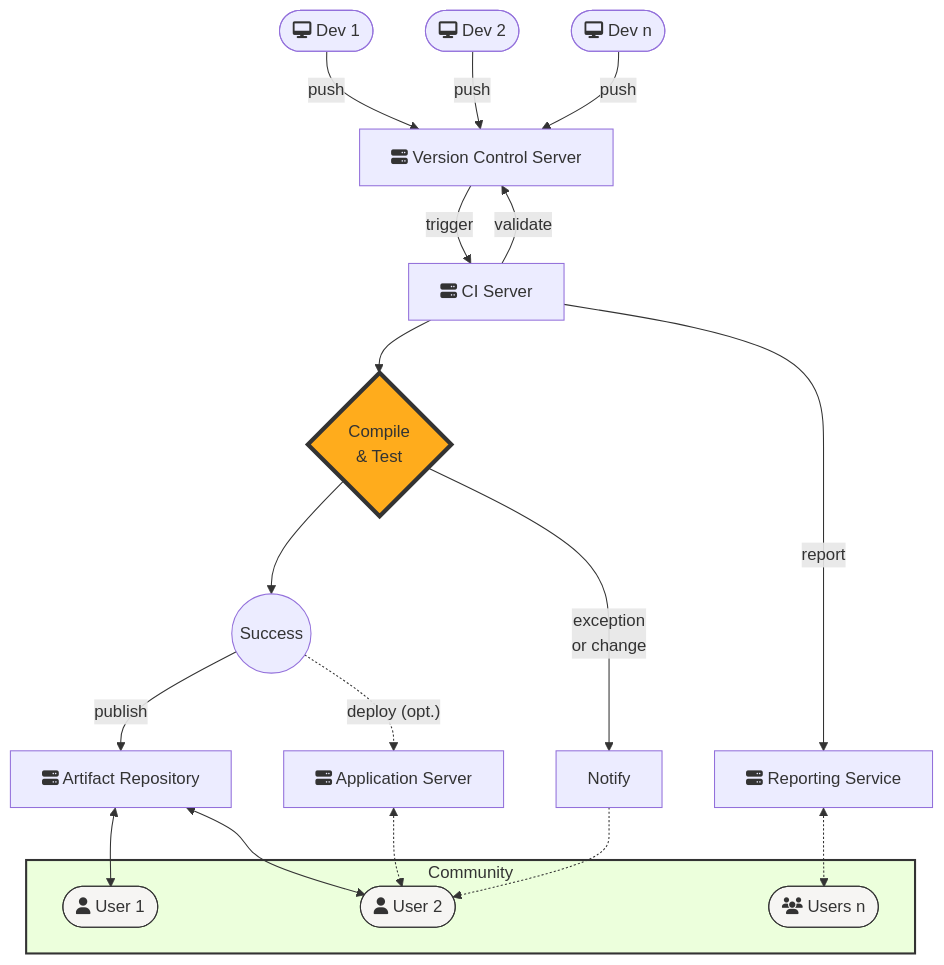
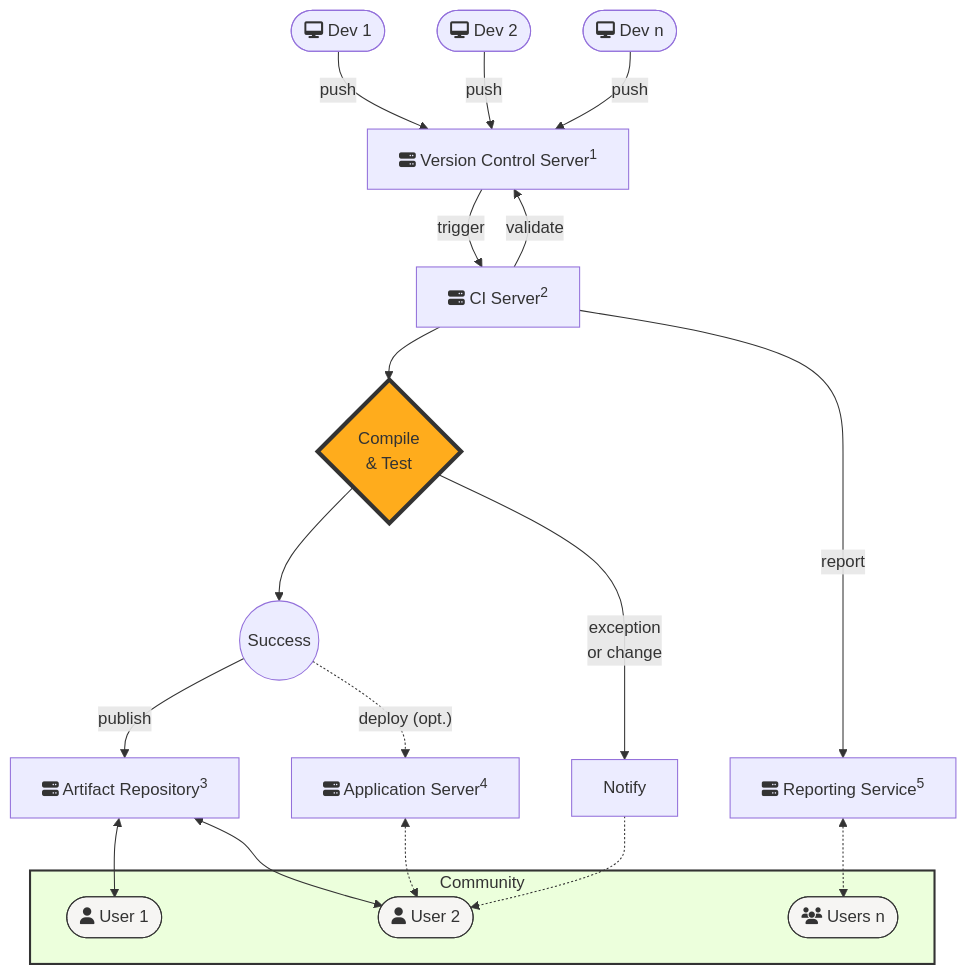
One commit to NASA-AMMOS/slim changed the second of 2 diagrams in continuous-integration/reference-architectures/README.md. Above: the diagram before and after it, drawn with Mermaid. The commit also changed other lines of this file, not shown here.

Commit message:
Closes #33: Final revision of reference architecture. ...

````diff
--- a/continuous-integration/reference-architectures/README.md
+++ b/continuous-integration/reference-architectures/README.md
@@ -159,31 +159,31 @@
 ```mermaid
 flowchart TB
-    D1([fa:fa-desktop Dev 1]) -->|push| R[fa:fa-server Version Control Server]
+    D1([fa:fa-desktop Dev 1]) -->|push| R["fa:fa-server Version Control Server<sup>1</sup>"]
     D2([fa:fa-desktop Dev 2]) -->|push| R
     Dn([fa:fa-desktop Dev n]) -->|push| R
-    R -->|trigger| C[fa:fa-server CI Server]
+    R -->|trigger| C["fa:fa-server CI Server<sup>2</sup>"]
     C-->|validate| R
-    C-->|report| RS[fa:fa-server Reporting Service]
+    C-->|report| RS["fa:fa-server Reporting Service<sup>5</sup>"]
     Q{"Compile<br/>& Test"}
     S((Success))
     F[Notify]
     style Q fill:#FFAC1C,stroke:#333,stroke-width:4px
     C-->Q
     Q-->S
     Q-->|exception<br/>or change|F
-    S-->|publish| AR[fa:fa-server Artifact Repository]
-    S-.->|"deploy (opt.)"| AS[fa:fa-server Application Server]
+    S-->|publish| AR["fa:fa-server Artifact Repository<sup>3</sup>"]
+    S-.->|"deploy (opt.)"| AS["fa:fa-server Application Server<sup>4</sup>"]
     subgraph Community
         U1([fa:fa-user User 1])
         U2([fa:fa-user User 2])
         Un([fa:fa-users Users n])
     end
     style Community fill:#ECFFDC,stroke:#333,stroke-width:2px
     AR<-->U1 & U2
     AS<-.->U2
     RS<-.->Un
     F-.->U2
     style U1 fill:#F6F5F3,stroke:#333,stroke-width:1px
     style U2 fill:#F6F5F3,stroke:#333,stroke-width:1px
     style Un fill:#F6F5F3,stroke:#333,stroke-width:1px
 ```
````
